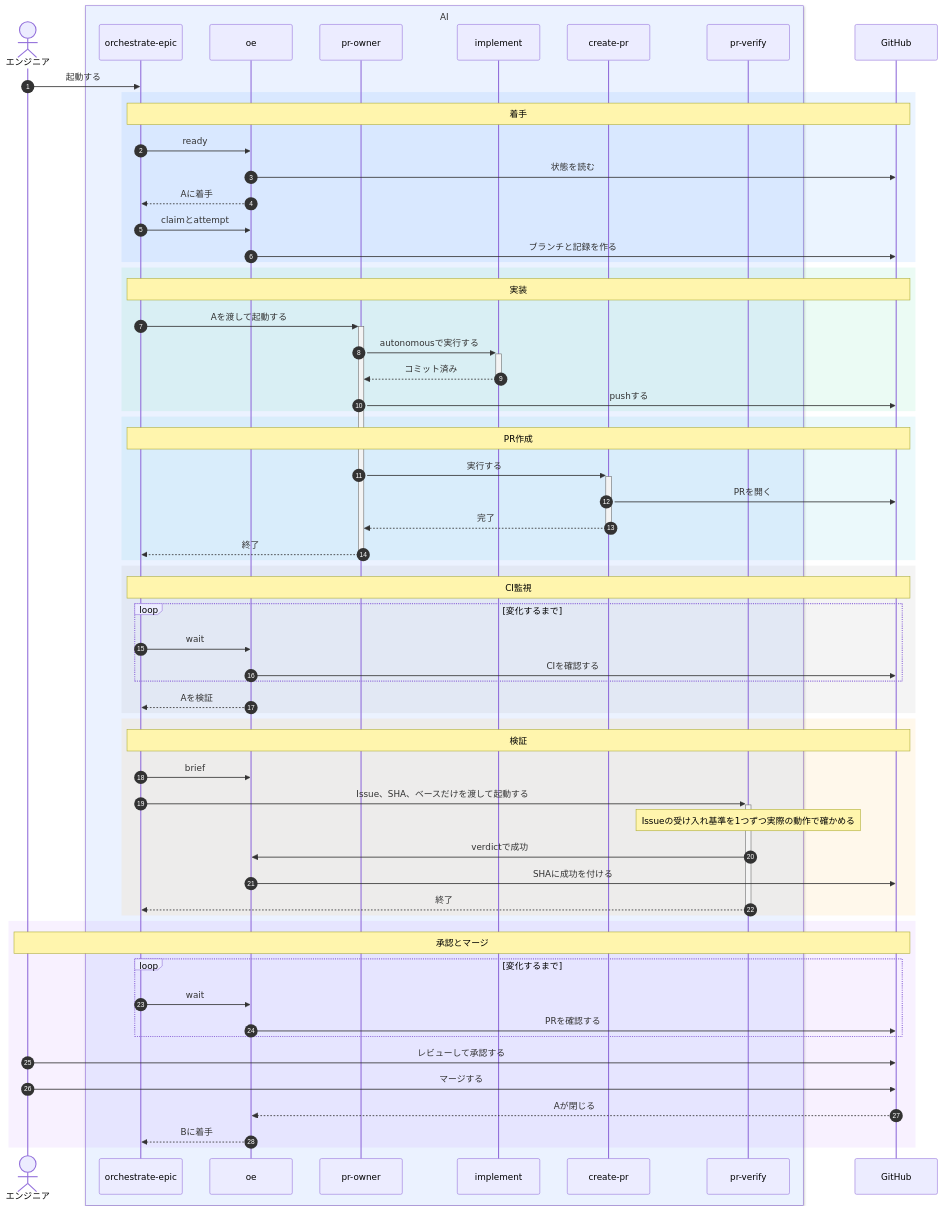
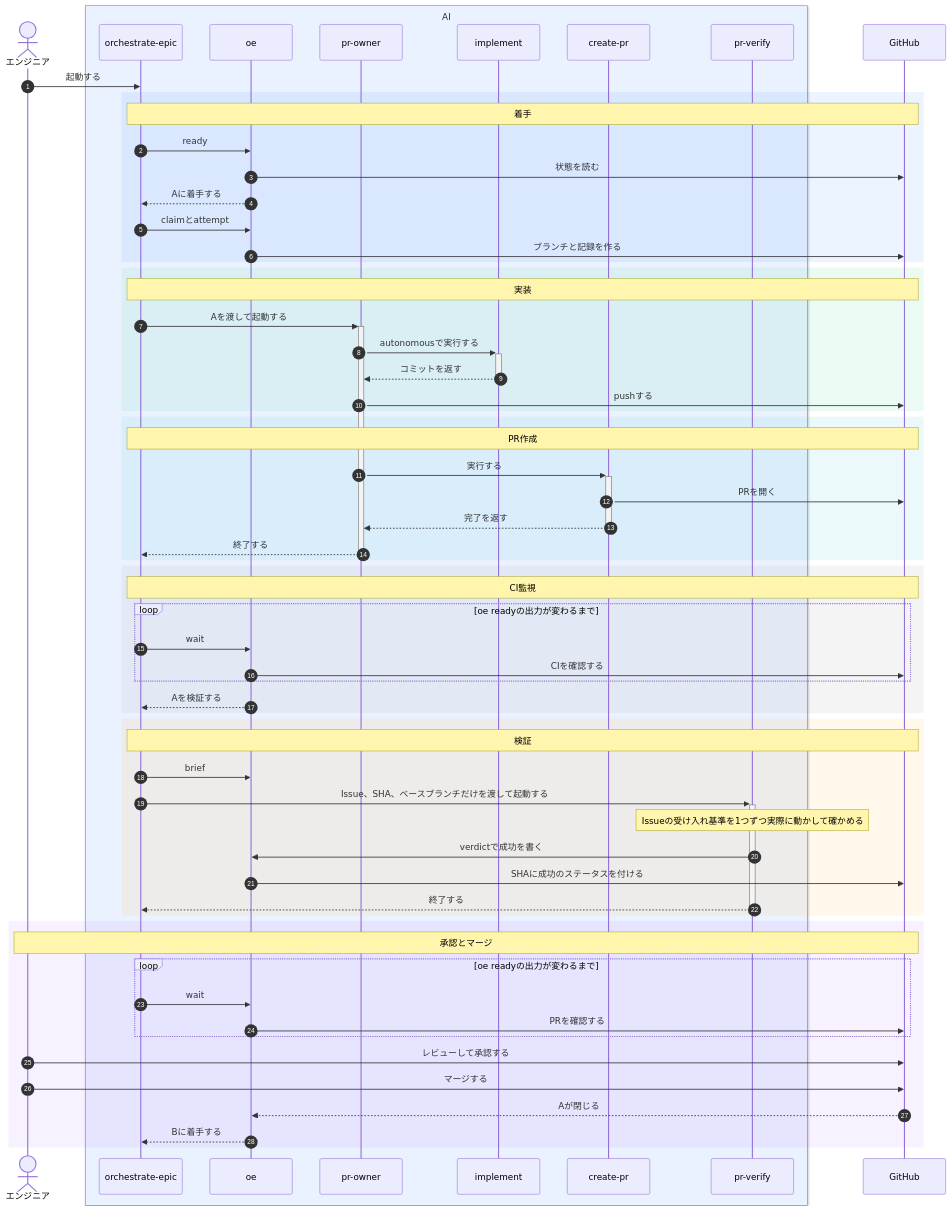
Before and after one commit to maro114510/skills: the second of 2 diagrams in docs/design/orchestrate-epic.md, drawn with Mermaid. The commit also changed other lines of this file, not shown here.

````diff
--- a/docs/design/orchestrate-epic.md
+++ b/docs/design/orchestrate-epic.md
@@ -130,65 +136,65 @@
 ```mermaid
 sequenceDiagram
   autonumber
   actor H as エンジニア
   box rgb(235,242,255) AI
     participant O as orchestrate-epic
     participant E as oe
     participant W as pr-owner
     participant I as implement
     participant C as create-pr
     participant V as pr-verify
   end
   participant G as GitHub
   H->>O: 起動する
   rect rgba(0,120,255,0.08)
     Note over O,G: 着手
     O->>E: ready
     E->>G: 状態を読む
-    E-->>O: Aに着手
+    E-->>O: Aに着手する
     O->>E: claimとattempt
     E->>G: ブランチと記録を作る
   end
   rect rgba(0,200,120,0.08)
     Note over O,G: 実装
     O->>+W: Aを渡して起動する
     W->>+I: autonomousで実行する
-    I-->>-W: コミット済み
+    I-->>-W: コミットを返す
     W->>G: pushする
   end
   rect rgba(0,180,200,0.08)
     Note over O,G: PR作成
     W->>+C: 実行する
     C->>G: PRを開く
-    C-->>-W: 完了
-    W-->>-O: 終了
+    C-->>-W: 完了を返す
+    W-->>-O: 終了する
   end
   rect rgba(120,120,120,0.08)
     Note over O,G: CI監視
-    loop変化するまで
+    loop oe readyの出力が変わるまで
       O->>E: wait
       E->>G: CIを確認する
     end
-    E-->>O: Aを検証
+    E-->>O: Aを検証する
   end
   rect rgba(255,160,0,0.08)
     Note over O,G: 検証
     O->>E: brief
-    O->>+V: Issue、SHA、ベースだけを渡して起動する
-    Note over V: Issueの受け入れ基準を1つずつ実際の動作で確かめる
-    V->>E: verdictで成功
-    E->>G: SHAに成功を付ける
-    V-->>-O: 終了
+    O->>+V: Issue、SHA、ベースブランチだけを渡して起動する
+    Note over V: Issueの受け入れ基準を1つずつ実際に動かして確かめる
+    V->>E: verdictで成功を書く
+    E->>G: SHAに成功のステータスを付ける
+    V-->>-O: 終了する
   end
   rect rgba(160,80,255,0.08)
     Note over H,G: 承認とマージ
-    loop変化するまで
+    loop oe readyの出力が変わるまで
       O->>E: wait
       E->>G: PRを確認する
     end
     H->>G: レビューして承認する
     H->>G: マージする
     G-->>E: Aが閉じる
-    E-->>O: Bに着手
+    E-->>O: Bに着手する
   end
 ```
````
